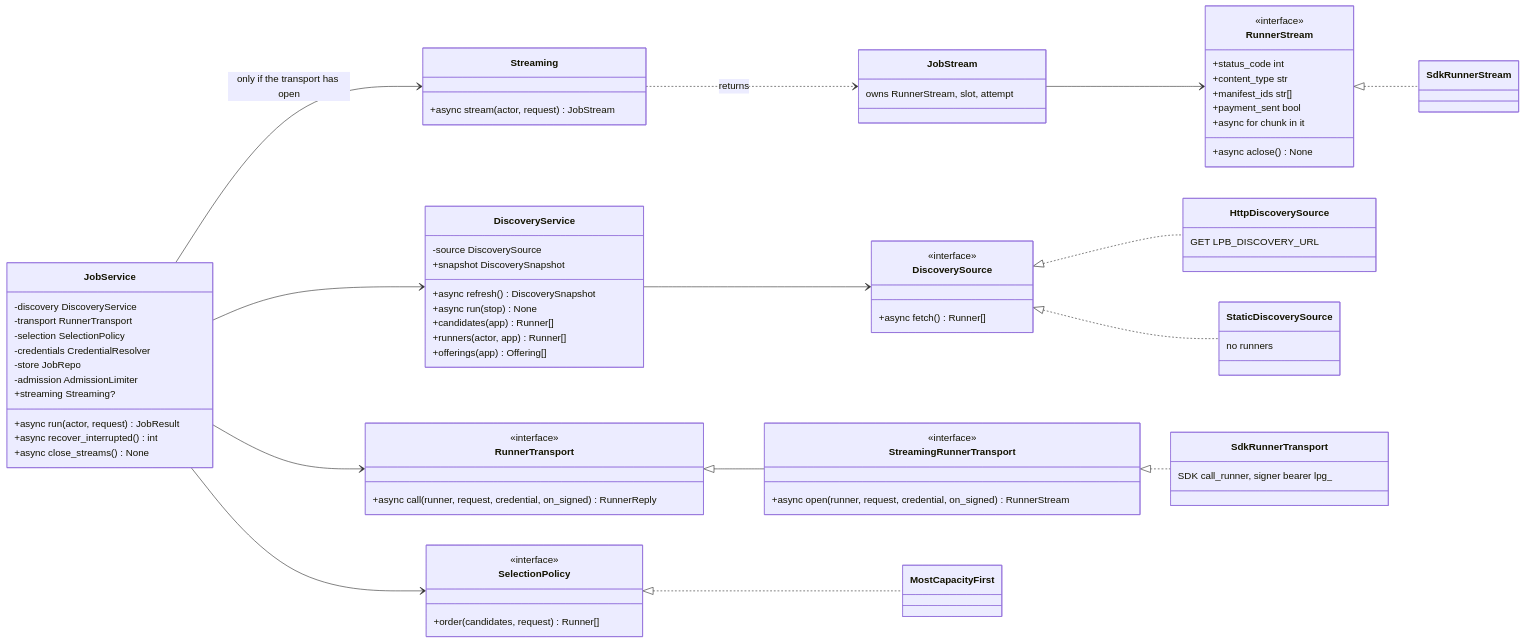
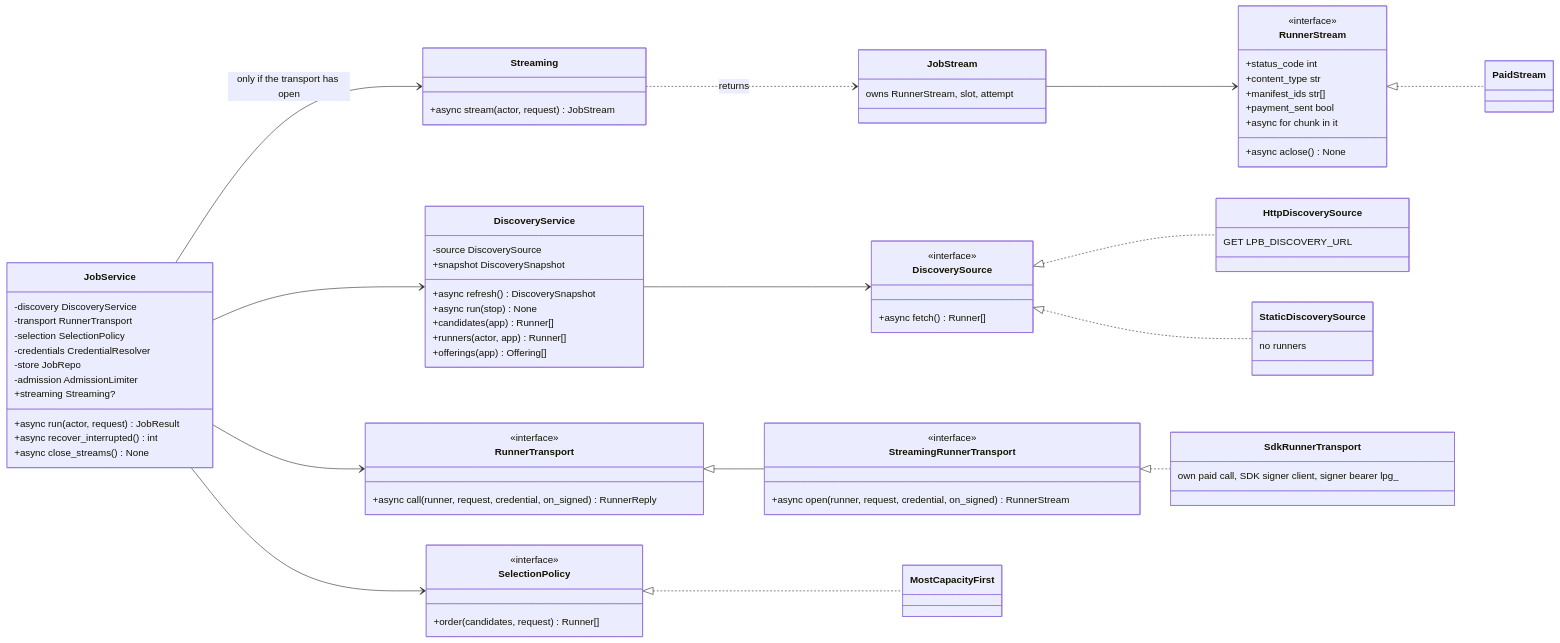
Before and after one commit to NE-Build-Track/livepeer-builder-core: the fourth of 18 diagrams in docs/design-docs/interfaces-and-http-servers.md, drawn with Mermaid. The commit also changed 22 other files, not shown here.

````diff
--- a/docs/design-docs/interfaces-and-http-servers.md
+++ b/docs/design-docs/interfaces-and-http-servers.md
@@ -257,80 +257,80 @@
 ```mermaid
 classDiagram
     direction LR
     class DiscoverySource {
         <<interface>>
         +async fetch() Runner[]
     }
     class SelectionPolicy {
         <<interface>>
         +order(candidates, request) Runner[]
     }
     class RunnerTransport {
         <<interface>>
         +async call(runner, request, credential, on_signed) RunnerReply
     }
     class StreamingRunnerTransport {
         <<interface>>
         +async open(runner, request, credential, on_signed) RunnerStream
     }
     class RunnerStream {
         <<interface>>
         +status_code int
         +content_type str
         +manifest_ids str[]
         +payment_sent bool
         +async for chunk in it
         +async aclose() None
     }
     class DiscoveryService {
         -source DiscoverySource
         +snapshot DiscoverySnapshot
         +async refresh() DiscoverySnapshot
         +async run(stop) None
         +candidates(app) Runner[]
         +runners(actor, app) Runner[]
         +offerings(app) Offering[]
     }
     class JobService {
         -discovery DiscoveryService
         -transport RunnerTransport
         -selection SelectionPolicy
         -credentials CredentialResolver
         -store JobRepo
         -admission AdmissionLimiter
         +streaming Streaming?
         +async run(actor, request) JobResult
         +async recover_interrupted() int
         +async close_streams() None
     }
     class Streaming {
         +async stream(actor, request) JobStream
     }
     class JobStream {
         owns RunnerStream, slot, attempt
     }
     class HttpDiscoverySource {
         GET LPB_DISCOVERY_URL
     }
     class StaticDiscoverySource {
         no runners
     }
     class MostCapacityFirst
     class SdkRunnerTransport {
-        SDK call_runner, signer bearer lpg_
+        own paid call, SDK signer client, signer bearer lpg_
     }
-    class SdkRunnerStream
+    class PaidStream
     RunnerTransport <|-- StreamingRunnerTransport
     DiscoverySource <|.. HttpDiscoverySource
     DiscoverySource <|.. StaticDiscoverySource
     SelectionPolicy <|.. MostCapacityFirst
     StreamingRunnerTransport <|.. SdkRunnerTransport
-    RunnerStream <|.. SdkRunnerStream
+    RunnerStream <|.. PaidStream
     DiscoveryService --> DiscoverySource
     JobService --> DiscoveryService
     JobService --> SelectionPolicy
     JobService --> RunnerTransport
     JobService --> Streaming : only if the transport has open
     Streaming ..> JobStream : returns
     JobStream --> RunnerStream
 ```
````
